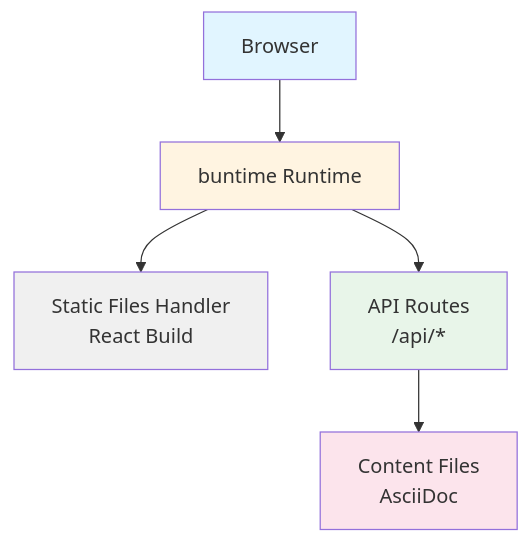
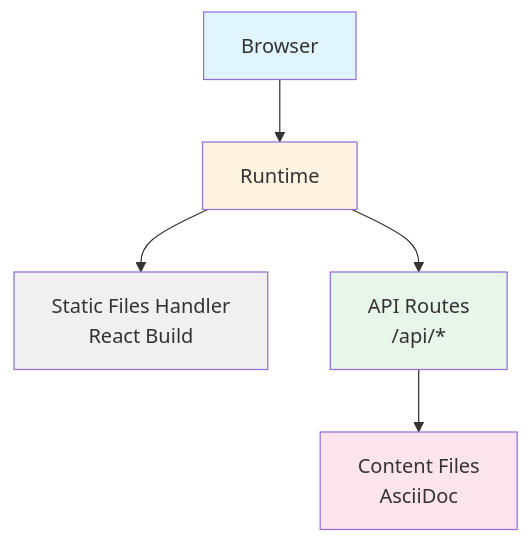
The first of 4 diagrams in apps/papiros@latest/docs/en/architecture.adoc (zommehq/buntime), drawn with Mermaid before and after one commit. The commit also changed 221 other files, not shown here.

```diff
--- a/apps/papiros@latest/docs/en/architecture.adoc
+++ b/apps/papiros@latest/docs/en/architecture.adoc
@@ -8,20 +8,20 @@
 [mermaid]
 ----
 graph TB
     Browser[Browser]
-    Buntime[buntime Runtime]
+    Buntime[Runtime]
     Static[Static Files Handler<br/>React Build]
     API[API Routes<br/>/api/*]
     Content[Content Files<br/>AsciiDoc]
 
     Browser --> Buntime
     Buntime --> Static
     Buntime --> API
     API --> Content
 
     style Browser fill:#e1f5ff
     style Buntime fill:#fff4e1
     style Static fill:#f0f0f0
     style API fill:#e8f5e9
     style Content fill:#fce4ec
 ----
```
